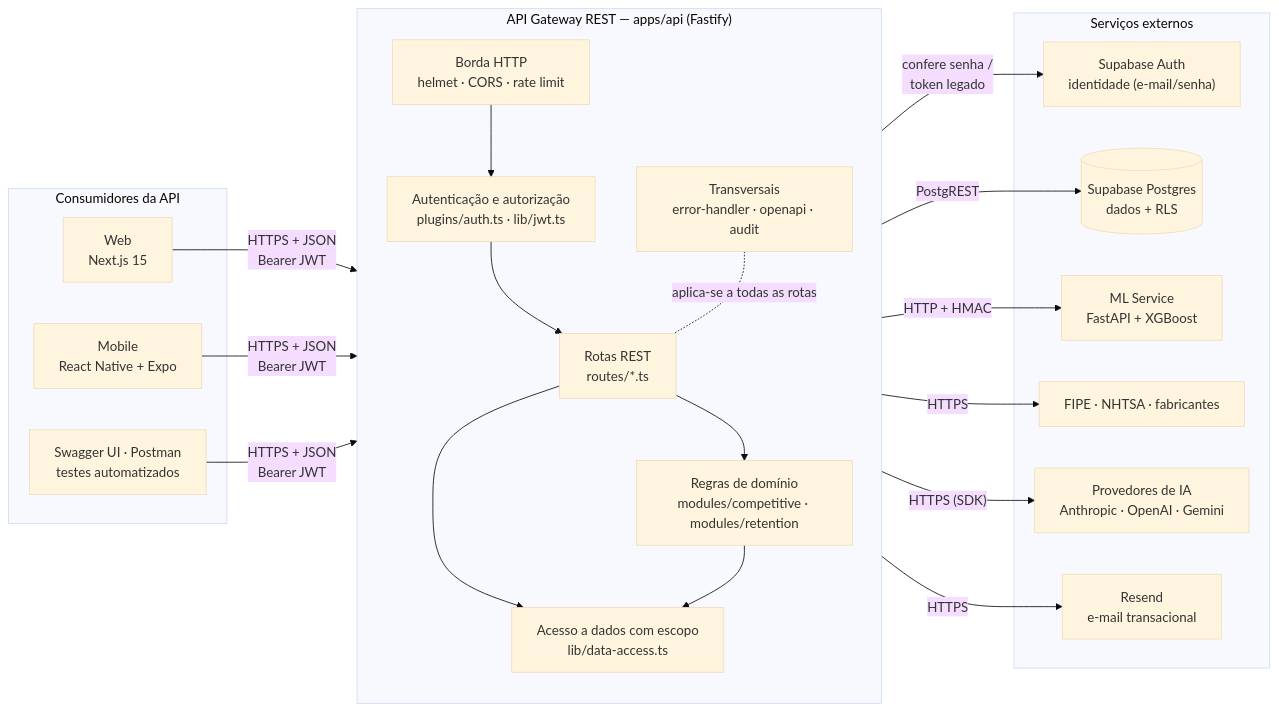
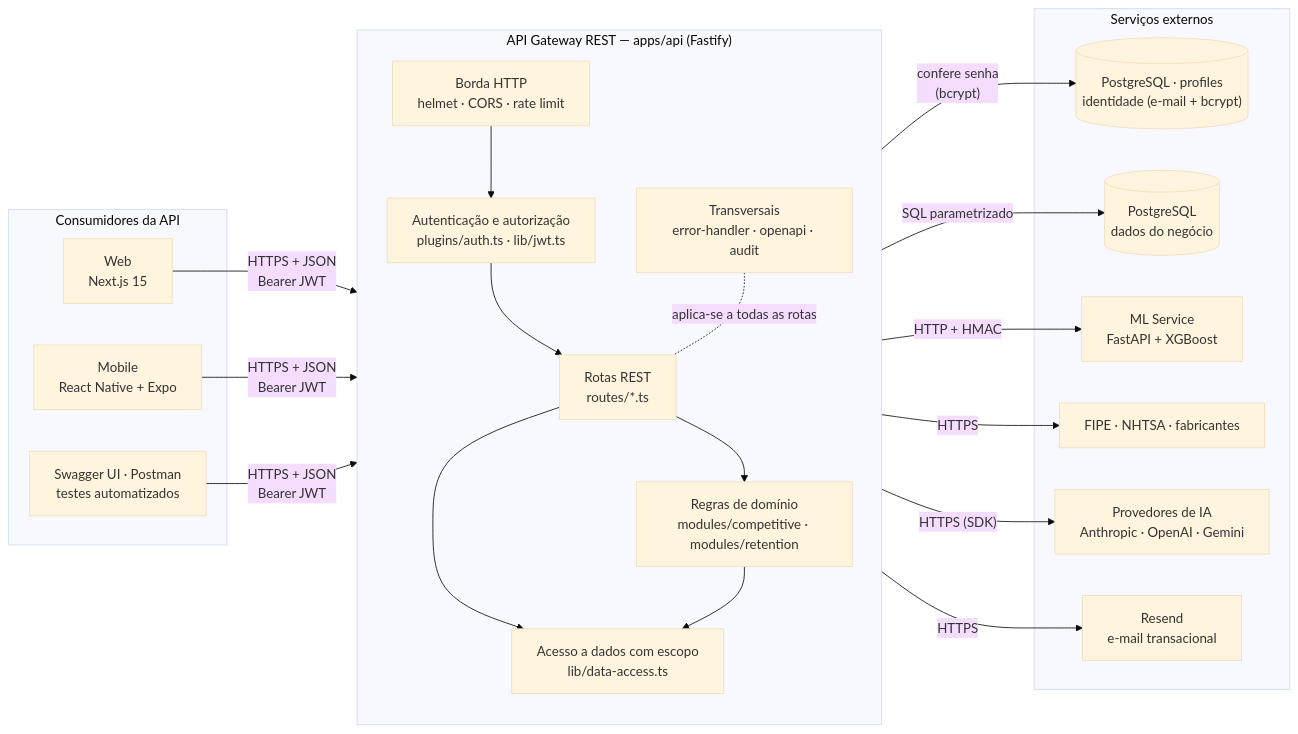
One commit to P0lid0/ford-fiap-challenge changed the first of 5 diagrams in docs/ARQUITETURA_SOA.md. Above: the diagram before and after it, drawn with Mermaid (base theme). The commit also changed other lines of this file and 155 other files, not shown here.

First line of the commit message:
Roda sobre PostgreSQL padrão, sem Supabase

````diff
--- a/docs/ARQUITETURA_SOA.md
+++ b/docs/ARQUITETURA_SOA.md
@@ -27,41 +27,41 @@
 ```mermaid
 flowchart LR
     subgraph CLIENTES["Consumidores da API"]
         WEB["Web<br/>Next.js 15"]
         MOB["Mobile<br/>React Native + Expo"]
         DOC["Swagger UI · Postman<br/>testes automatizados"]
     end
 
     subgraph API["API Gateway REST — apps/api (Fastify)"]
         direction TB
         EDGE["Borda HTTP<br/>helmet · CORS · rate limit"]
         AUTH["Autenticação e autorização<br/>plugins/auth.ts · lib/jwt.ts"]
         ROUTES["Rotas REST<br/>routes/*.ts"]
         DOMAIN["Regras de domínio<br/>modules/competitive · modules/retention"]
         DATA["Acesso a dados com escopo<br/>lib/data-access.ts"]
         CROSS["Transversais<br/>error-handler · openapi · audit"]
         EDGE --> AUTH --> ROUTES --> DOMAIN
         ROUTES --> DATA
         DOMAIN --> DATA
         CROSS -. "aplica-se a todas as rotas" .- ROUTES
     end
 
     subgraph EXT["Serviços externos"]
-        SBAUTH["Supabase Auth<br/>identidade (e-mail/senha)"]
-        PG[("Supabase Postgres<br/>dados + RLS")]
+        IDDB[("PostgreSQL · profiles<br/>identidade (e-mail + bcrypt)")]
+        PG[("PostgreSQL<br/>dados do negócio")]
         ML["ML Service<br/>FastAPI + XGBoost"]
         SRC["FIPE · NHTSA · fabricantes"]
         LLM["Provedores de IA<br/>Anthropic · OpenAI · Gemini"]
         MAIL["Resend<br/>e-mail transacional"]
     end
 
     WEB -- "HTTPS + JSON<br/>Bearer JWT" --> EDGE
     MOB -- "HTTPS + JSON<br/>Bearer JWT" --> EDGE
     DOC -- "HTTPS + JSON<br/>Bearer JWT" --> EDGE
-    AUTH -- "confere senha /<br/>token legado" --> SBAUTH
-    DATA -- "PostgREST" --> PG
+    AUTH -- "confere senha<br/>(bcrypt)" --> IDDB
+    DATA -- "SQL parametrizado" --> PG
     DOMAIN -- "HTTP + HMAC" --> ML
     DOMAIN -- "HTTPS" --> SRC
     DOMAIN -- "HTTPS (SDK)" --> LLM
     ROUTES -- "HTTPS" --> MAIL
 ```
````
